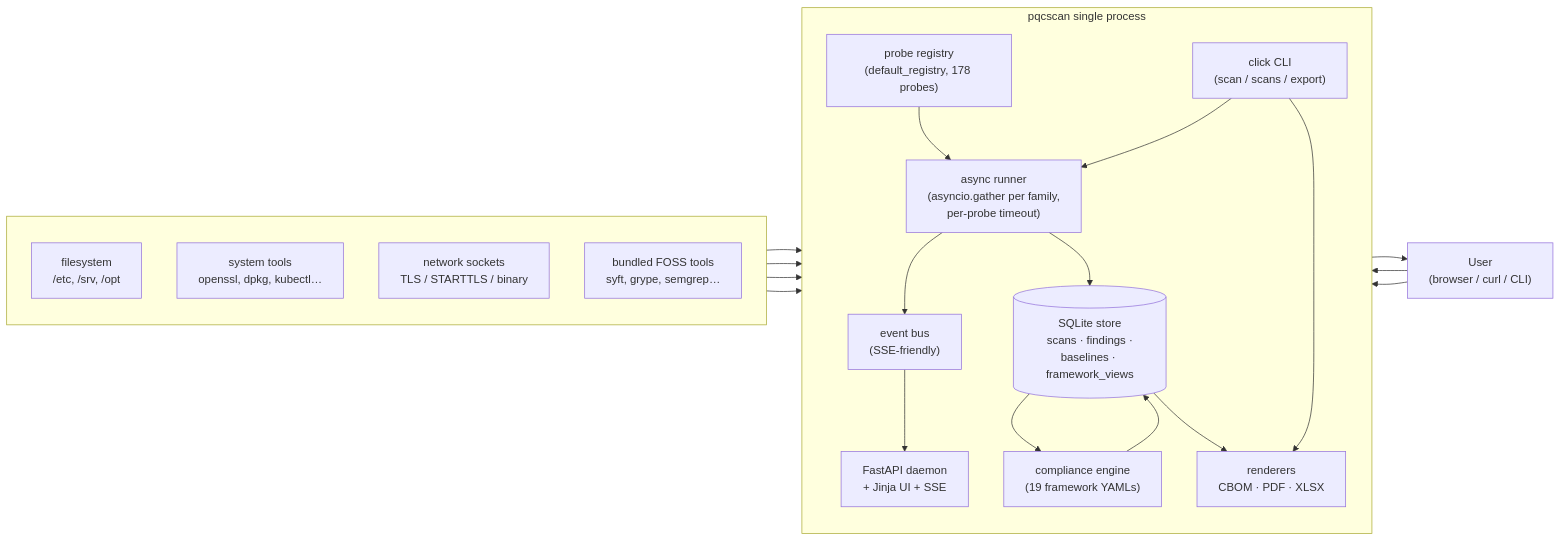
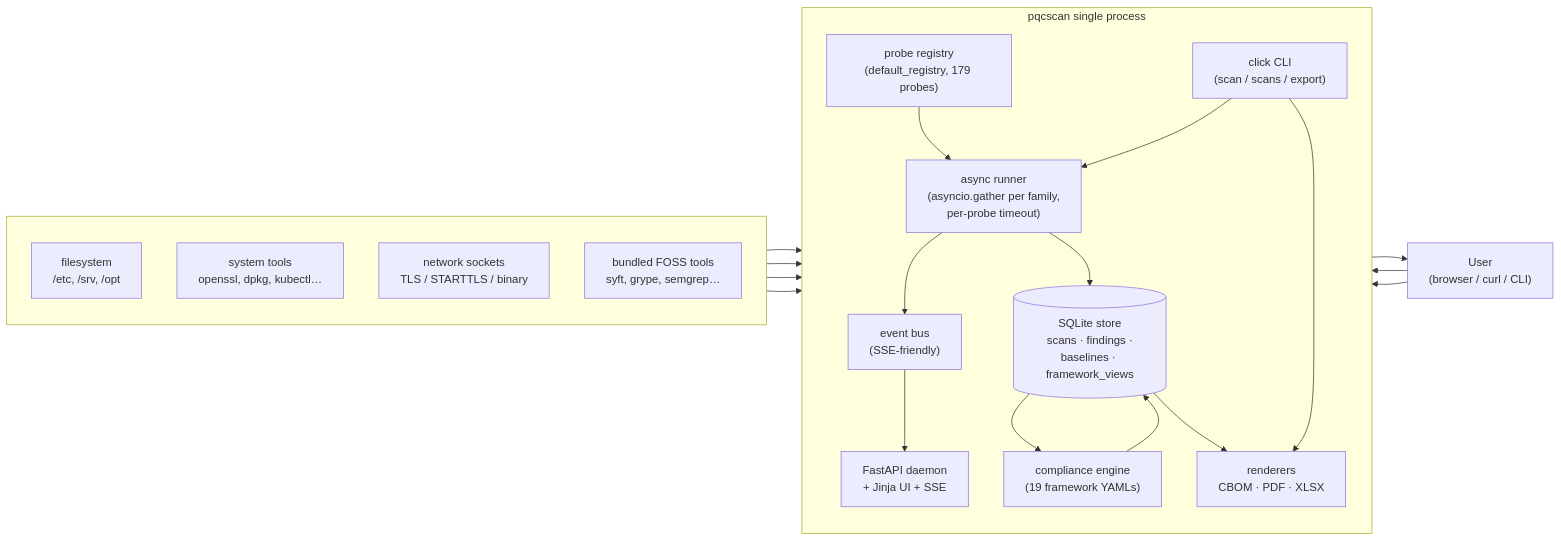
The first of 7 diagrams in README.md (orengacademy/pqc-scanner2), drawn with Mermaid before and after one commit. The commit also changed other lines of this file and 7 other files, not shown here.

````diff
--- a/README.md
+++ b/README.md
@@ -125,39 +125,39 @@
 ```mermaid
 flowchart LR
     subgraph host[" "]
         direction TB
         FS["filesystem<br/>/etc, /srv, /opt"]
         SYS["system tools<br/>openssl, dpkg, kubectl…"]
         NET["network sockets<br/>TLS / STARTTLS / binary"]
         FOSS["bundled FOSS tools<br/>syft, grype, semgrep…"]
     end
 
     subgraph proc["pqcscan single process"]
         direction TB
-        REG["probe registry<br/>(default_registry, 178 probes)"]
+        REG["probe registry<br/>(default_registry, 179 probes)"]
         RUN["async runner<br/>(asyncio.gather per family,<br/>per-probe timeout)"]
         BUS["event bus<br/>(SSE-friendly)"]
         REPO[("SQLite store<br/>scans · findings ·<br/>baselines · framework_views")]
         COMP["compliance engine<br/>(19 framework YAMLs)"]
         DAEMON["FastAPI daemon<br/>+ Jinja UI + SSE"]
         CLI["click CLI<br/>(scan / scans / export)"]
         REND["renderers<br/>CBOM · PDF · XLSX"]
     end
 
     USER["User<br/>(browser / curl / CLI)"]
 
     FS  --> RUN
     SYS --> RUN
     NET --> RUN
     FOSS --> RUN
     REG --> RUN
     RUN --> BUS --> DAEMON
     RUN --> REPO
     REPO --> COMP --> REPO
     REPO --> REND
     DAEMON --> USER
     CLI   --> RUN
     CLI   --> REND
     USER  --> DAEMON
     USER  --> CLI
 ```
````
